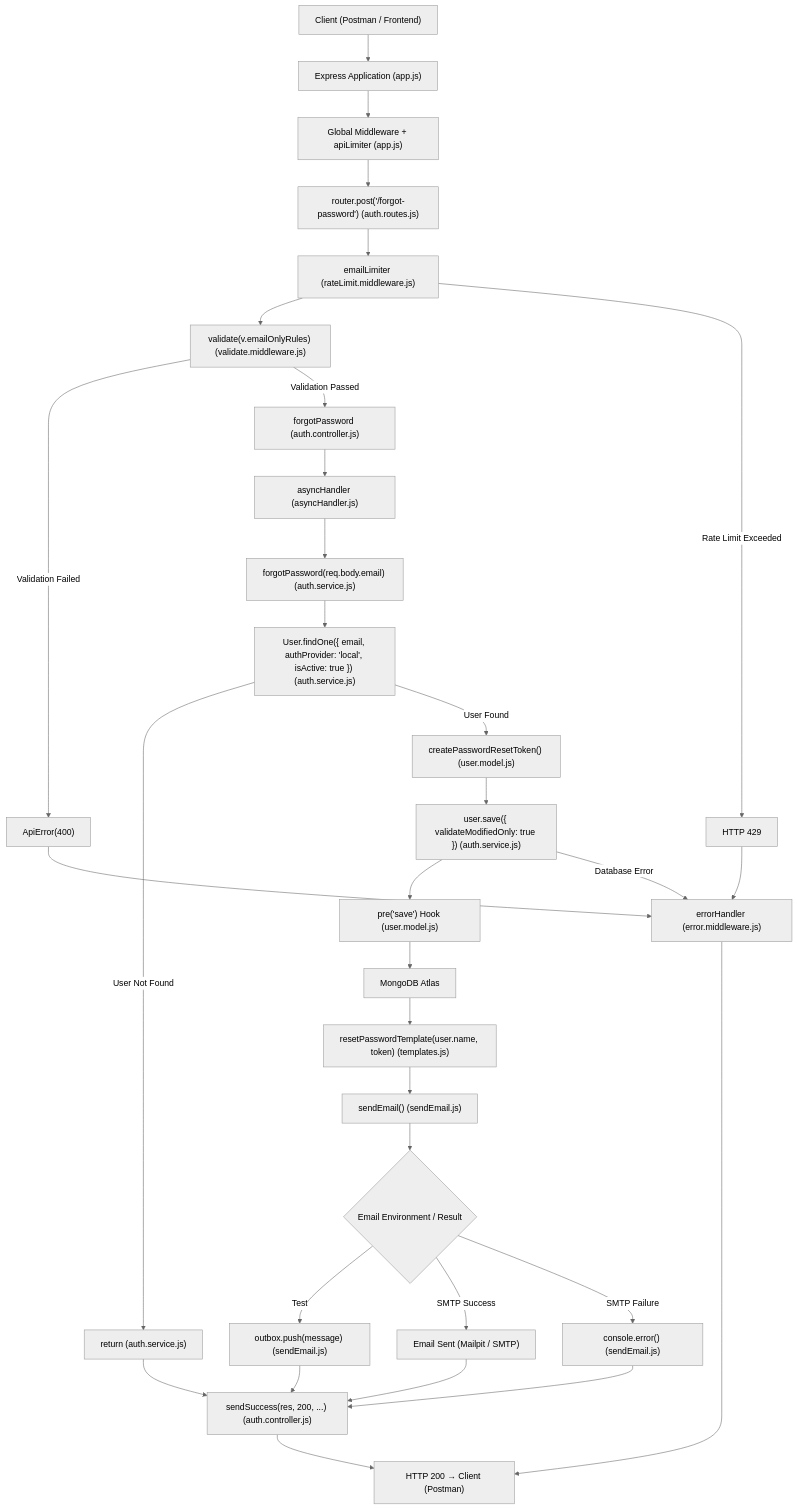
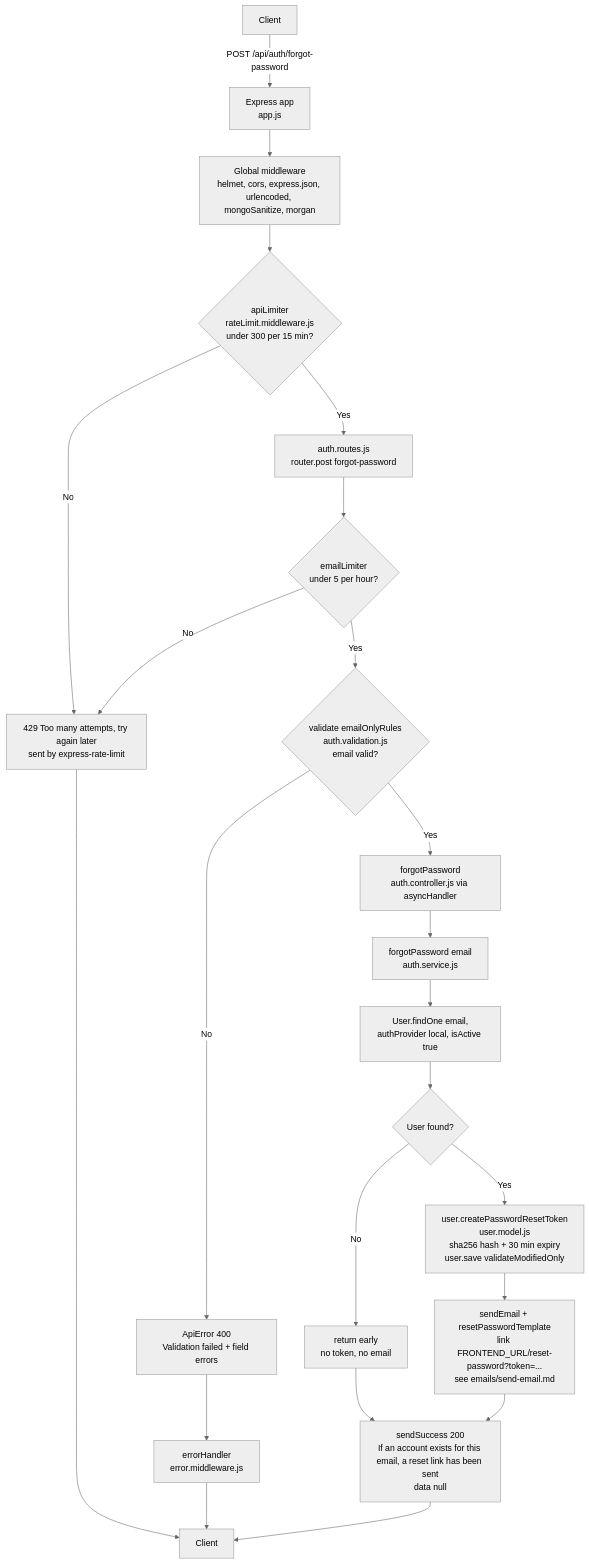
Before and after one commit to ehtman/ecommerce-site: the diagram in docs/flow/auth/forgot-password.md, drawn with Mermaid (neutral theme). The commit also changed 89 other files, not shown here.

````diff
--- a/docs/flow/auth/forgot-password.md
+++ b/docs/flow/auth/forgot-password.md
@@ -1,44 +5,25 @@
 ```mermaid
 flowchart TD
-    A["Client (Postman / Frontend)"] --> B["Express Application (app.js)"]
-    B --> C["Global Middleware + apiLimiter (app.js)"]
-    C --> D["router.post('/forgot-password') (auth.routes.js)"]
-    D --> E["emailLimiter (rateLimit.middleware.js)"]
-    E --> F["validate(v.emailOnlyRules) (validate.middleware.js)"]
-
-    F -->|Validation Failed| ERR1["ApiError(400)"]
-    F -->|Validation Passed| G["forgotPassword (auth.controller.js)"]
-
-    G --> H["asyncHandler (asyncHandler.js)"]
-    H --> I["forgotPassword(req.body.email) (auth.service.js)"]
-
-    I --> J["User.findOne({ email, authProvider: 'local', isActive: true }) (auth.service.js)"]
-
-    J -->|User Not Found| K["return (auth.service.js)"]
-    J -->|User Found| L["createPasswordResetToken() (user.model.js)"]
-
-    L --> M["user.save({ validateModifiedOnly: true }) (auth.service.js)"]
-    M --> N["pre('save') Hook (user.model.js)"]
-    N --> O["MongoDB Atlas"]
-
-    O --> P["resetPasswordTemplate(user.name, token) (templates.js)"]
-    P --> Q["sendEmail() (sendEmail.js)"]
-
-    Q --> R{"Email Environment / Result"}
-    R -->|Test| S["outbox.push(message) (sendEmail.js)"]
-    R -->|SMTP Success| T["Email Sent (Mailpit / SMTP)"]
-    R -->|SMTP Failure| U["console.error() (sendEmail.js)"]
-
-    K --> V["sendSuccess(res, 200, ...) (auth.controller.js)"]
-    S --> V
-    T --> V
-    U --> V
-
-    V --> W["HTTP 200 → Client (Postman)"]
-
-    E -->|Rate Limit Exceeded| ERR2["HTTP 429"]
-    ERR1 --> EH["errorHandler (error.middleware.js)"]
-    ERR2 --> EH
-    M -->|Database Error| EH
-    EH --> W
+    A[Client] -->|POST /api/auth/forgot-password| B[Express app<br/>app.js]
+    B --> C["Global middleware<br/>helmet, cors, express.json, urlencoded, mongoSanitize, morgan"]
+    C --> L0{"apiLimiter<br/>rateLimit.middleware.js<br/>under 300 per 15 min?"}
+    L0 -->|No| RL["429 Too many attempts, try again later<br/>sent by express-rate-limit"]
+    L0 -->|Yes| RT["auth.routes.js<br/>router.post forgot-password"]
+    RT --> L1{"emailLimiter<br/>under 5 per hour?"}
+    L1 -->|No| RL
+    L1 -->|Yes| V{"validate emailOnlyRules<br/>auth.validation.js<br/>email valid?"}
+    V -->|No| E1["ApiError 400<br/>Validation failed + field errors"]
+    V -->|Yes| CT["forgotPassword<br/>auth.controller.js via asyncHandler"]
+    CT --> S1["forgotPassword email<br/>auth.service.js"]
+    S1 --> DB1["User.findOne email,<br/>authProvider local, isActive true"]
+    DB1 --> D1{"User found?"}
+    D1 -->|No| SKIP["return early<br/>no token, no email"]
+    D1 -->|Yes| DB2["user.createPasswordResetToken<br/>user.model.js<br/>sha256 hash + 30 min expiry<br/>user.save validateModifiedOnly"]
+    DB2 --> M["sendEmail + resetPasswordTemplate<br/>link FRONTEND_URL/reset-password?token=...<br/>see emails/send-email.md"]
+    M --> OK
+    SKIP --> OK["sendSuccess 200<br/>If an account exists for this email, a reset link has been sent<br/>data null"]
+    OK --> R[Client]
+    E1 --> EH[errorHandler<br/>error.middleware.js]
+    EH --> R
+    RL --> R
 ```
````
